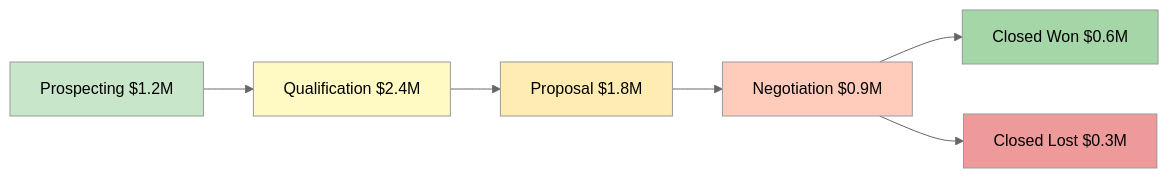
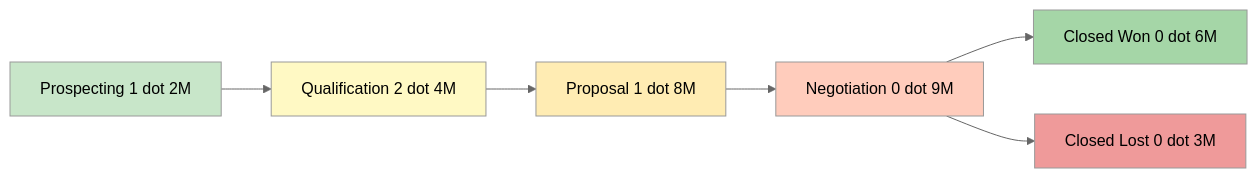
Before and after one commit to eltonaguiar/ServiceNow_Learning_TSOM-_CSM_FSM_SalesCRM_HAM_ITSM: the third of 7 diagrams in docs/modules/sales-crm/sales-crm-guide.md, drawn with Mermaid (neutral theme). The commit also changed other lines of this file and 19 other files, not shown here.

Commit message:
Fix all Mermaid diagram special characters - replace dollar, parens, slashes, quotes, pipes, nested brackets and other unsafe chars inside brackets with safe alternatives across 19 files

````diff
--- a/docs/modules/sales-crm/sales-crm-guide.md
+++ b/docs/modules/sales-crm/sales-crm-guide.md
@@ -727,15 +727,15 @@
 ```mermaid
 graph LR
-    P1[Prospecting $1.2M] --> P2[Qualification $2.4M]
-    P2 --> P3[Proposal $1.8M]
-    P3 --> P4[Negotiation $0.9M]
-    P4 --> W[Closed Won $0.6M]
-    P4 --> L2[Closed Lost $0.3M]
+    P1[Prospecting 1 dot 2M] --> P2[Qualification 2 dot 4M]
+    P2 --> P3[Proposal 1 dot 8M]
+    P3 --> P4[Negotiation 0 dot 9M]
+    P4 --> W[Closed Won 0 dot 6M]
+    P4 --> L2[Closed Lost 0 dot 3M]
 
     style P1 fill:#c8e6c9,color:#000
     style P2 fill:#fff9c4,color:#000
     style P3 fill:#ffecb3,color:#000
     style P4 fill:#ffccbc,color:#000
     style W fill:#a5d6a7,color:#000
     style L2 fill:#ef9a9a,color:#000
 ```
````
